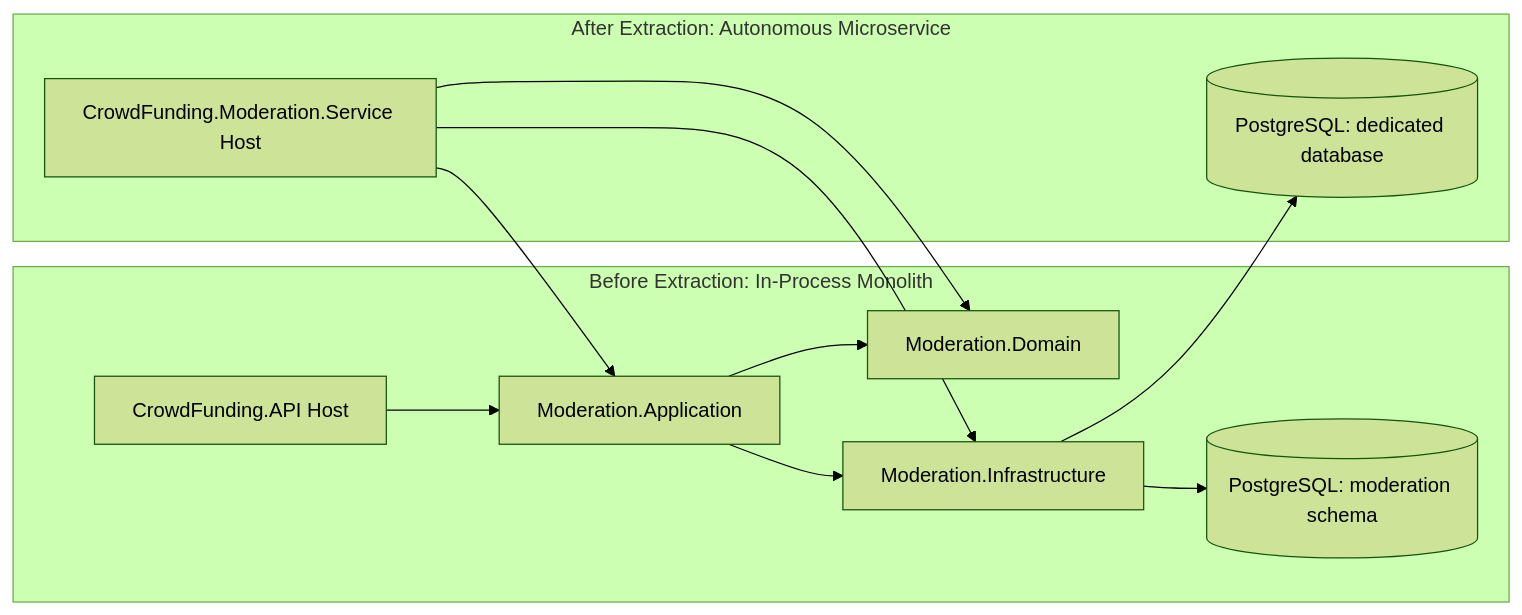
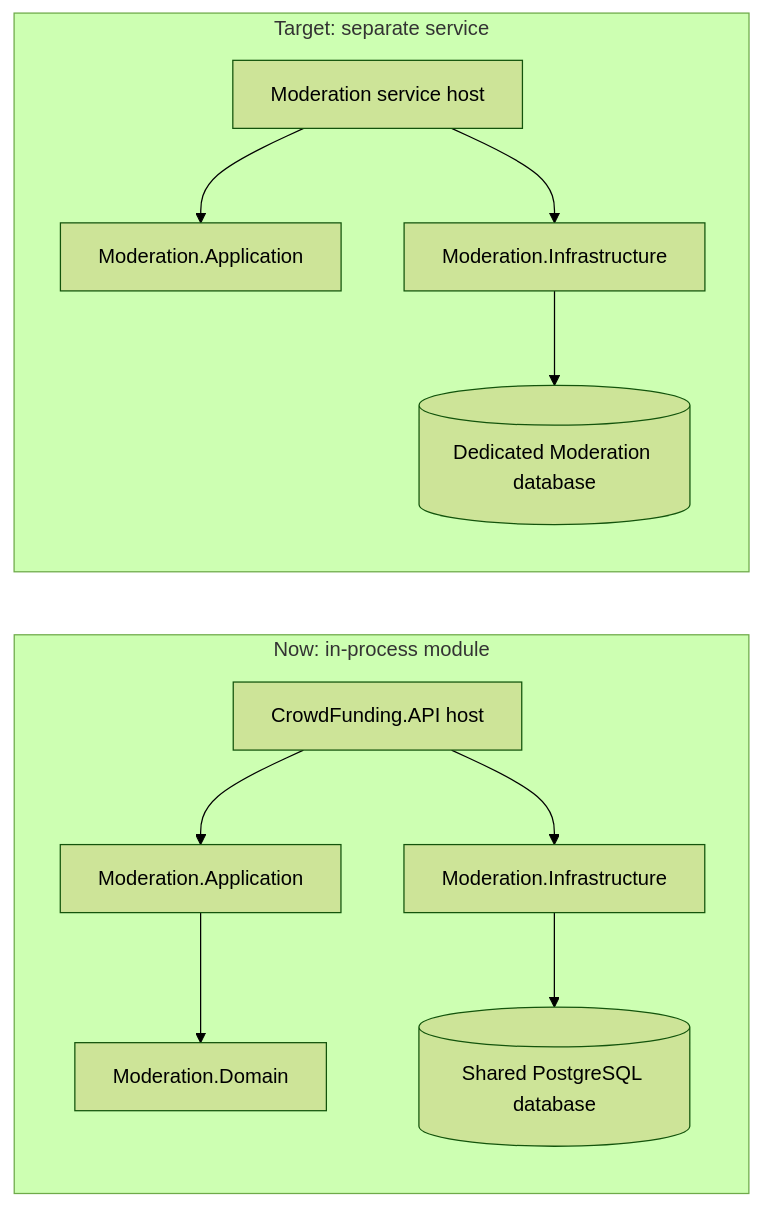
The diagram in educational/03-engineering-spec-and-roadmap/deconstruction-walkthrough.md (maysamgamini/crowdfundinghub), drawn with Mermaid (forest theme) before and after one commit. The commit also changed other lines of this file and 203 other files, not shown here.

````diff
--- a/educational/03-engineering-spec-and-roadmap/deconstruction-walkthrough.md
+++ b/educational/03-engineering-spec-and-roadmap/deconstruction-walkthrough.md
@@ -10,18 +12,17 @@
 ```mermaid
 graph LR
-    subgraph Monolith["Before Extraction: In-Process Monolith"]
-        API["CrowdFunding.API Host"]
+    subgraph Monolith["Now: in-process module"]
+        API["CrowdFunding.API host"]
         API --> ModApp["Moderation.Application"]
         ModApp --> ModDom["Moderation.Domain"]
-        ModApp --> ModInfra["Moderation.Infrastructure"]
-        ModInfra --> SharedPG[("PostgreSQL: moderation schema")]
+        API --> ModInfra["Moderation.Infrastructure"]
+        ModInfra --> SharedPG[("Shared PostgreSQL database")]
     end
 
-    subgraph Service["After Extraction: Autonomous Microservice"]
-        NewHost["CrowdFunding.Moderation.Service Host"]
-        NewHost --> ModApp
-        NewHost --> ModDom
-        NewHost --> ModInfra
-        ModInfra --> DedPG[("PostgreSQL: dedicated database")]
+    subgraph Service["Target: separate service"]
+        NewHost["Moderation service host"]
+        NewHost --> ModApp2["Moderation.Application"]
+        NewHost --> ModInfra2["Moderation.Infrastructure"]
+        ModInfra2 --> DedPG[("Dedicated Moderation database")]
     end
 ```
````
